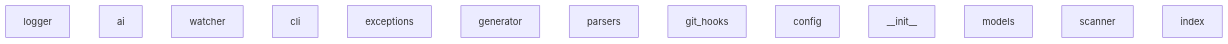
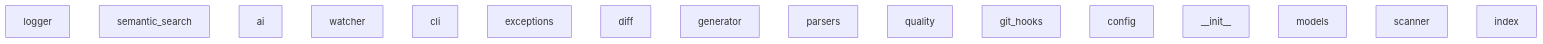
Before and after one commit to sushilk1991/know-cli: the diagram in docs/architecture.md, drawn with Mermaid. The commit also changed 4 other files, not shown here.

````diff
--- a/docs/architecture.md
+++ b/docs/architecture.md
@@ -3,16 +3,19 @@
 ```mermaid
 graph TB
     M0["logger"]
-    M1["ai"]
-    M2["watcher"]
-    M3["cli"]
-    M4["exceptions"]
-    M5["generator"]
-    M6["parsers"]
-    M7["git_hooks"]
-    M8["config"]
-    M9["__init__"]
-    M10["models"]
-    M11["scanner"]
-    M12["index"]
+    M1["semantic_search"]
+    M2["ai"]
+    M3["watcher"]
+    M4["cli"]
+    M5["exceptions"]
+    M6["diff"]
+    M7["generator"]
+    M8["parsers"]
+    M9["quality"]
+    M10["git_hooks"]
+    M11["config"]
+    M12["__init__"]
+    M13["models"]
+    M14["scanner"]
+    M15["index"]
 ```
````
